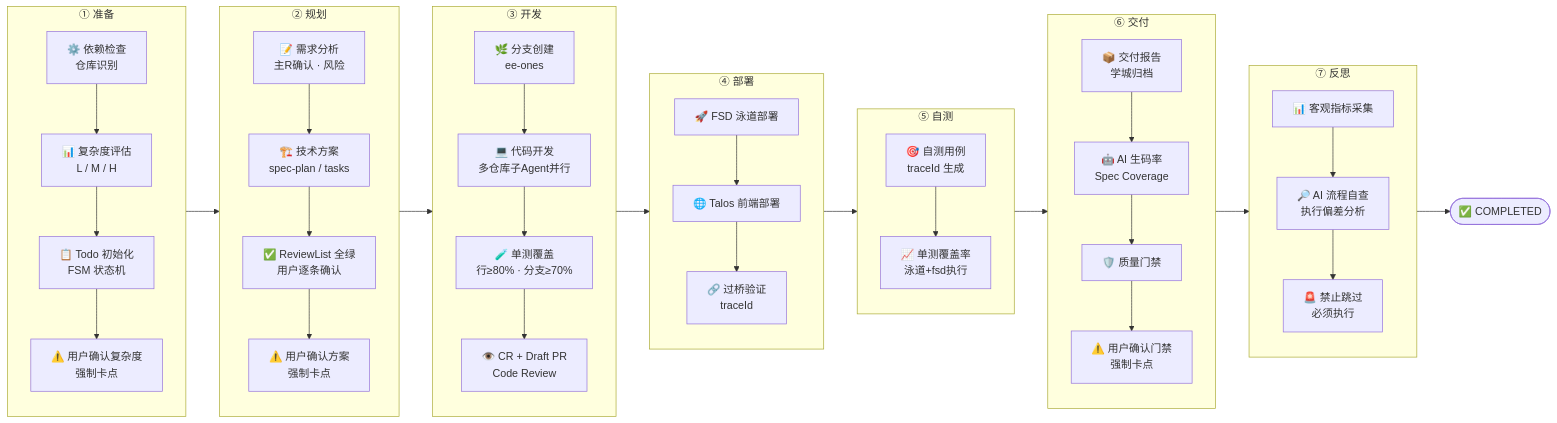
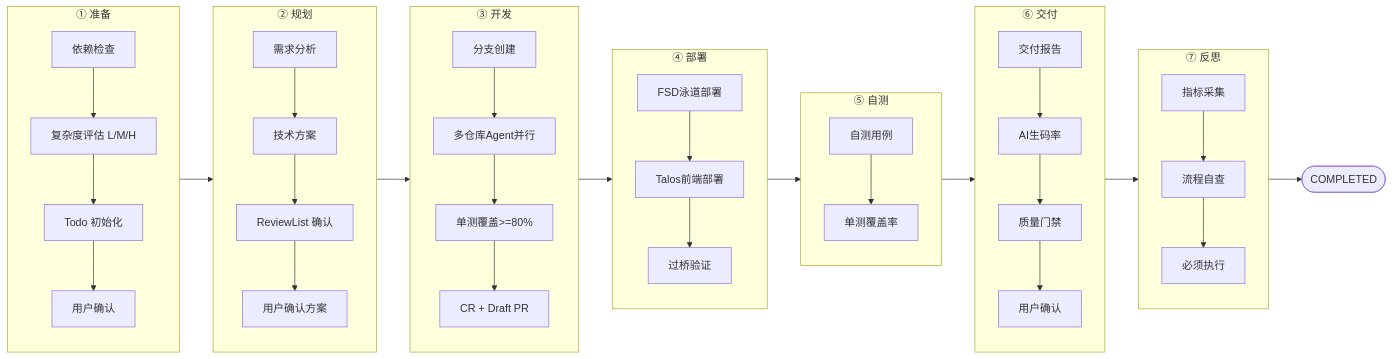
One commit to zlh-428/zlh-428 changed the first of 3 diagrams in ai-coding/ai-coding-fullstack.md. Above: the diagram before and after it, drawn with Mermaid. The commit also changed other lines of this file, not shown here.

First line of the commit message:
🩹 fix: reduce Mermaid diagram size to fit GitHub rendering limit

````diff
--- a/ai-coding/ai-coding-fullstack.md
+++ b/ai-coding/ai-coding-fullstack.md
@@ -30,44 +30,44 @@
 ```mermaid
 flowchart LR
-    subgraph PREPARE["① 准备"]
-        A1["⚙️ 依赖检查\n仓库识别"] --> A2["📊 复杂度评估\nL / M / H"]
-        A2 --> A3["📋 Todo 初始化\nFSM 状态机"]
-        A3 --> A4["⚠️ 用户确认复杂度\n强制卡点"]
+    subgraph S1["① 准备"]
+        A1["依赖检查"] --> A2["复杂度评估 L/M/H"]
+        A2 --> A3["Todo 初始化"]
+        A3 --> A4["用户确认"]
     end
 
-    subgraph PLANNING["② 规划"]
-        B1["📝 需求分析\n主R确认 · 风险"] --> B2["🏗️ 技术方案\nspec-plan / tasks"]
-        B2 --> B3["✅ ReviewList 全绿\n用户逐条确认"]
-        B3 --> B4["⚠️ 用户确认方案\n强制卡点"]
+    subgraph S2["② 规划"]
+        B1["需求分析"] --> B2["技术方案"]
+        B2 --> B3["ReviewList 确认"]
+        B3 --> B4["用户确认方案"]
     end
 
-    subgraph CODING["③ 开发"]
-        C1["🌿 分支创建\nee-ones"] --> C2["💻 代码开发\n多仓库子Agent并行"]
-        C2 --> C3["🧪 单测覆盖\n行≥80% · 分支≥70%"]
-        C3 --> C4["👁️ CR + Draft PR\nCode Review"]
+    subgraph S3["③ 开发"]
+        C1["分支创建"] --> C2["多仓库Agent并行"]
+        C2 --> C3["单测覆盖>=80%"]
+        C3 --> C4["CR + Draft PR"]
     end
 
-    subgraph DELIVERY["④ 部署"]
-        D1["🚀 FSD 泳道部署"] --> D2["🌐 Talos 前端部署"]
-        D2 --> D3["🔗 过桥验证\ntraceId"]
+    subgraph S4["④ 部署"]
+        D1["FSD泳道部署"] --> D2["Talos前端部署"]
+        D2 --> D3["过桥验证"]
     end
 
-    subgraph SELFTEST["⑤ 自测"]
-        E1["🎯 自测用例\ntraceId 生成"] --> E2["📈 单测覆盖率\n泳道+fsd执行"]
+    subgraph S5["⑤ 自测"]
+        E1["自测用例"] --> E2["单测覆盖率"]
     end
 
-    subgraph WRAPUP["⑥ 交付"]
-        F1["📦 交付报告\n学城归档"] --> F2["🤖 AI 生码率\nSpec Coverage"]
-        F2 --> F3["🛡️ 质量门禁"]
-        F3 --> F4["⚠️ 用户确认门禁\n强制卡点"]
+    subgraph S6["⑥ 交付"]
+        F1["交付报告"] --> F2["AI生码率"]
+        F2 --> F3["质量门禁"]
+        F3 --> F4["用户确认"]
     end
 
-    subgraph RETROSPECT["⑦ 反思"]
-        G1["📊 客观指标采集"] --> G2["🔎 AI 流程自查\n执行偏差分析"]
-        G2 --> G3["🚨 禁止跳过\n必须执行"]
+    subgraph S7["⑦ 反思"]
+        G1["指标采集"] --> G2["流程自查"]
+        G2 --> G3["必须执行"]
     end
 
-    DONE(["✅ COMPLETED"])
+    DONE(["COMPLETED"])
 
-    PREPARE --> PLANNING --> CODING --> DELIVERY --> SELFTEST --> WRAPUP --> RETROSPECT --> DONE
+    S1 --> S2 --> S3 --> S4 --> S5 --> S6 --> S7 --> DONE
 ```
````
